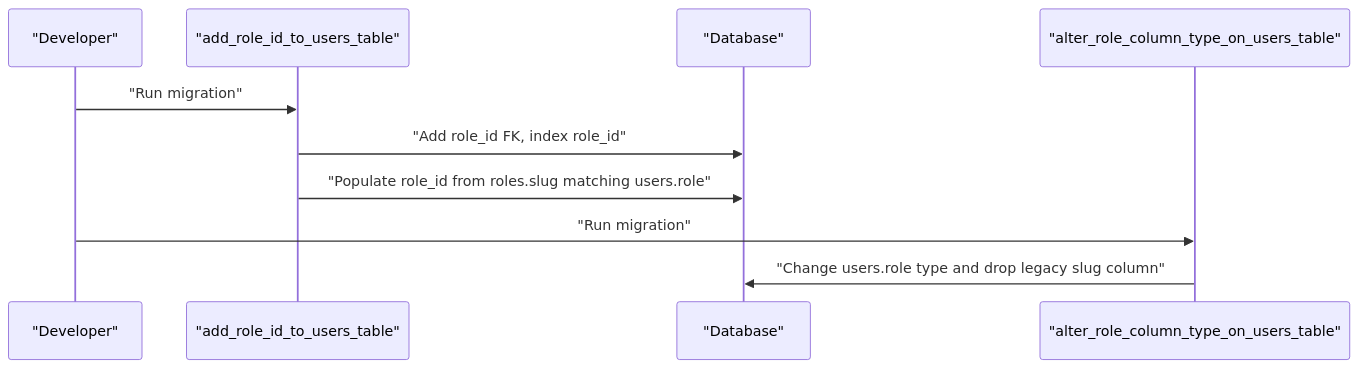
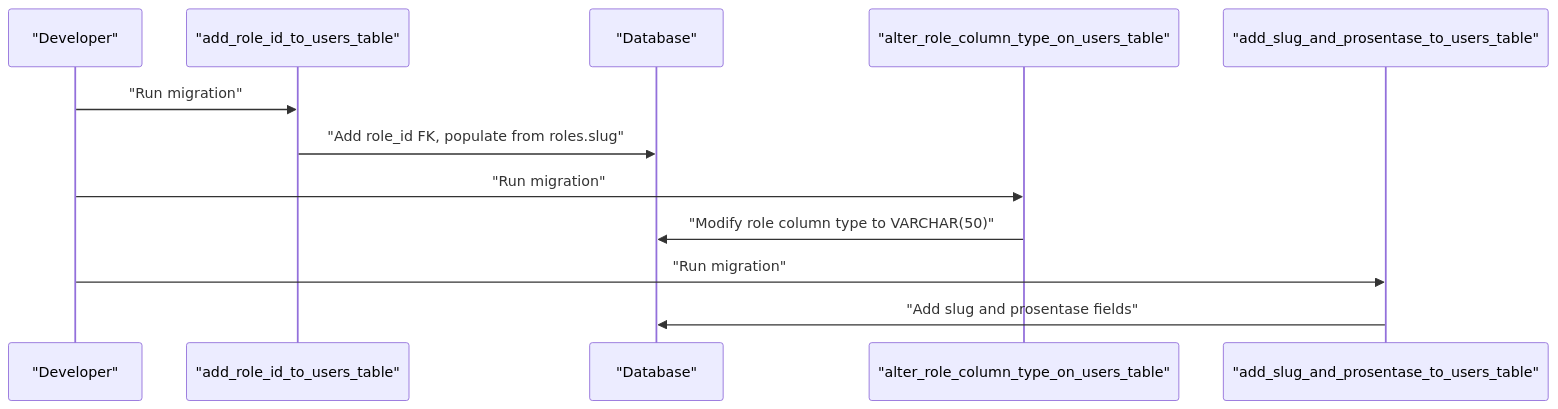
One commit to rudicatsmile/assesment360 changed the third of 4 diagrams in .qoder/repowiki/en/content/Data Models & Database Schema/Database Schema.md. Above: the diagram before and after it, drawn with Mermaid. The commit also changed other lines of this file and 10 other files, not shown here.

First line of the commit message:
feat(auth): enhance user model with slug and prosentase fields

````diff
--- a/.qoder/repowiki/en/content/Data Models & Database Schema/Database Schema.md
+++ b/.qoder/repowiki/en/content/Data Models & Database Schema/Database Schema.md
@@ -323,12 +262,14 @@
 ```mermaid
 sequenceDiagram
 participant Dev as "Developer"
 participant M1 as "add_role_id_to_users_table"
 participant DB as "Database"
 participant M2 as "alter_role_column_type_on_users_table"
+participant M3 as "add_slug_and_prosentase_to_users_table"
 Dev->>M1 : "Run migration"
-M1->>DB : "Add role_id FK, index role_id"
-M1->>DB : "Populate role_id from roles.slug matching users.role"
+M1->>DB : "Add role_id FK, populate from roles.slug"
 Dev->>M2 : "Run migration"
-M2->>DB : "Change users.role type and drop legacy slug column"
+M2->>DB : "Modify role column type to VARCHAR(50)"
+Dev->>M3 : "Run migration"
+M3->>DB : "Add slug and prosentase fields"
 ```
````
